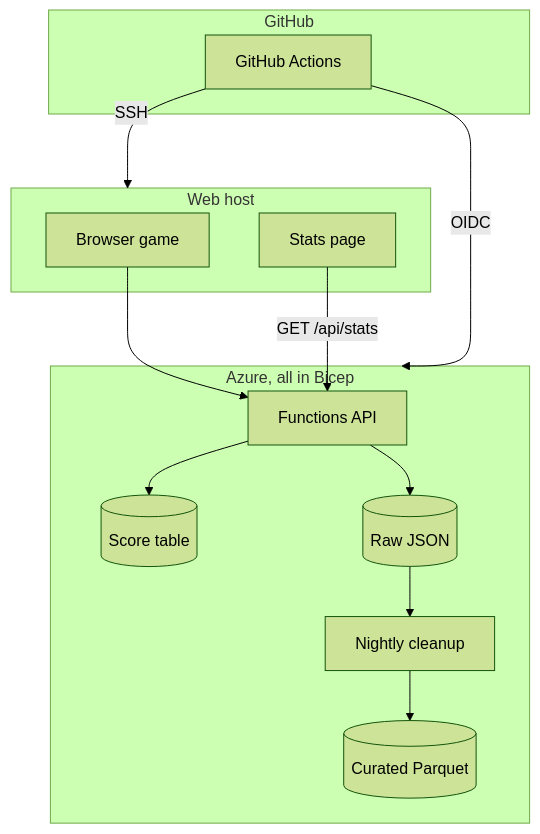
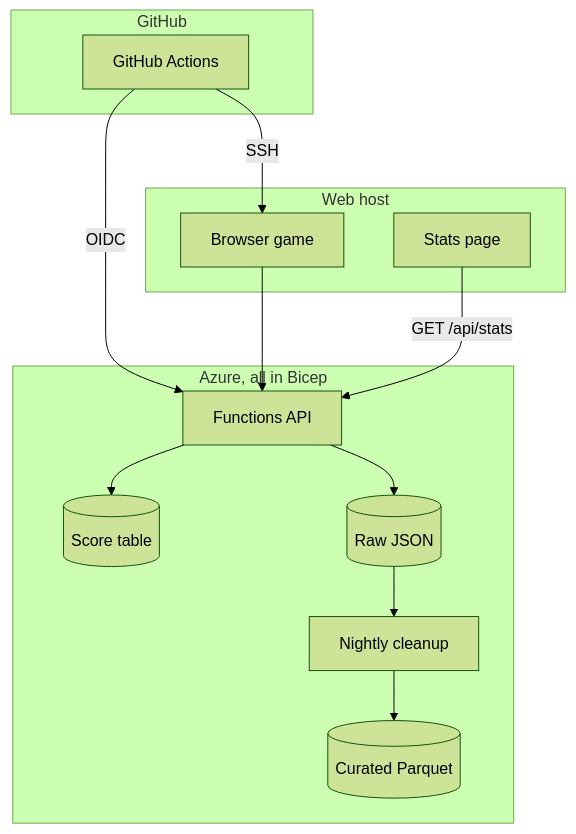
Before and after one commit to Gerlitek/zombiet-peli: the diagram in README.md, drawn with Mermaid (forest theme).

Commit message:
Point diagram edges at nodes, not subgraphs, for GitHub's Mermaid

````diff
--- a/README.md
+++ b/README.md
@@ -14,20 +14,20 @@
 ```mermaid
 flowchart TD
     subgraph GHE["GitHub"]
         GH["GitHub Actions"]
     end
     subgraph Web["Web host"]
         Game["Browser game"]
         Dash["Stats page"]
     end
     subgraph Azure["Azure, all in Bicep"]
         API["Functions API"] --> Scores[("Score table")]
         API --> Raw[("Raw JSON")]
         Raw --> Night["Nightly cleanup"]
         Night --> Cur[("Curated Parquet")]
     end
-    GH -->|"SSH"| Web
-    GH -->|"OIDC"| Azure
+    GH -->|"SSH"| Game
+    GH -->|"OIDC"| API
     Game --> API
     Dash -->|"GET /api/stats"| API
 ```
````
